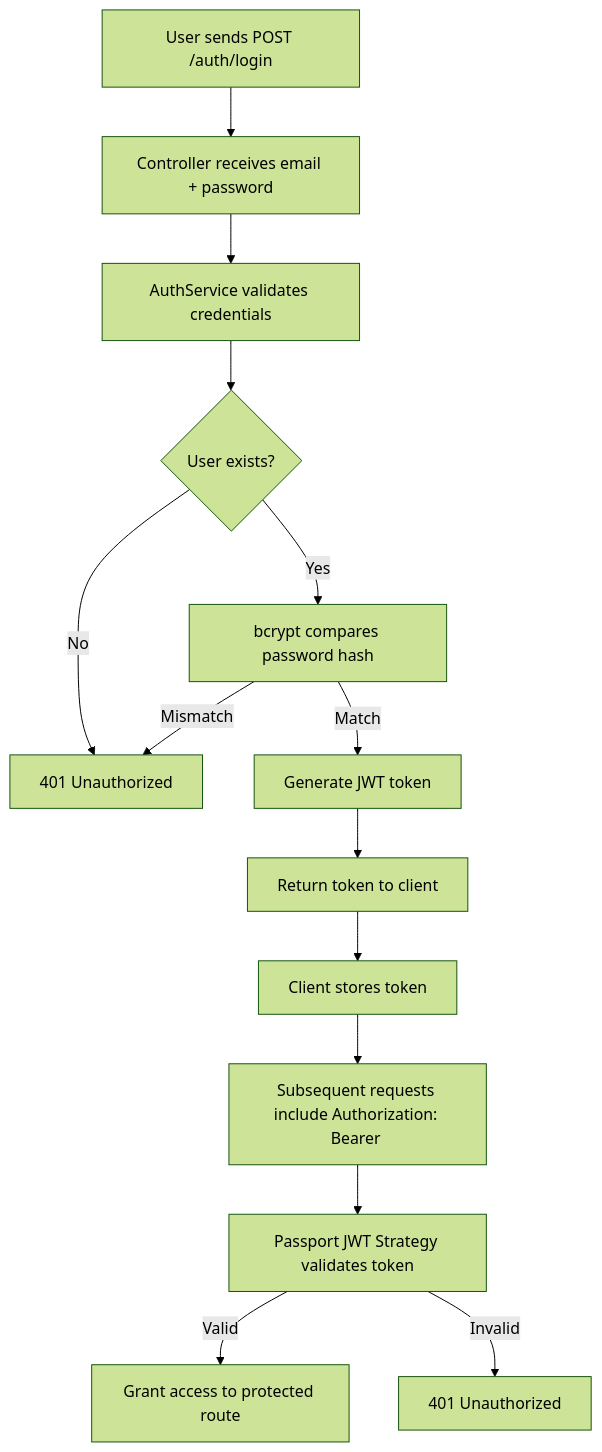
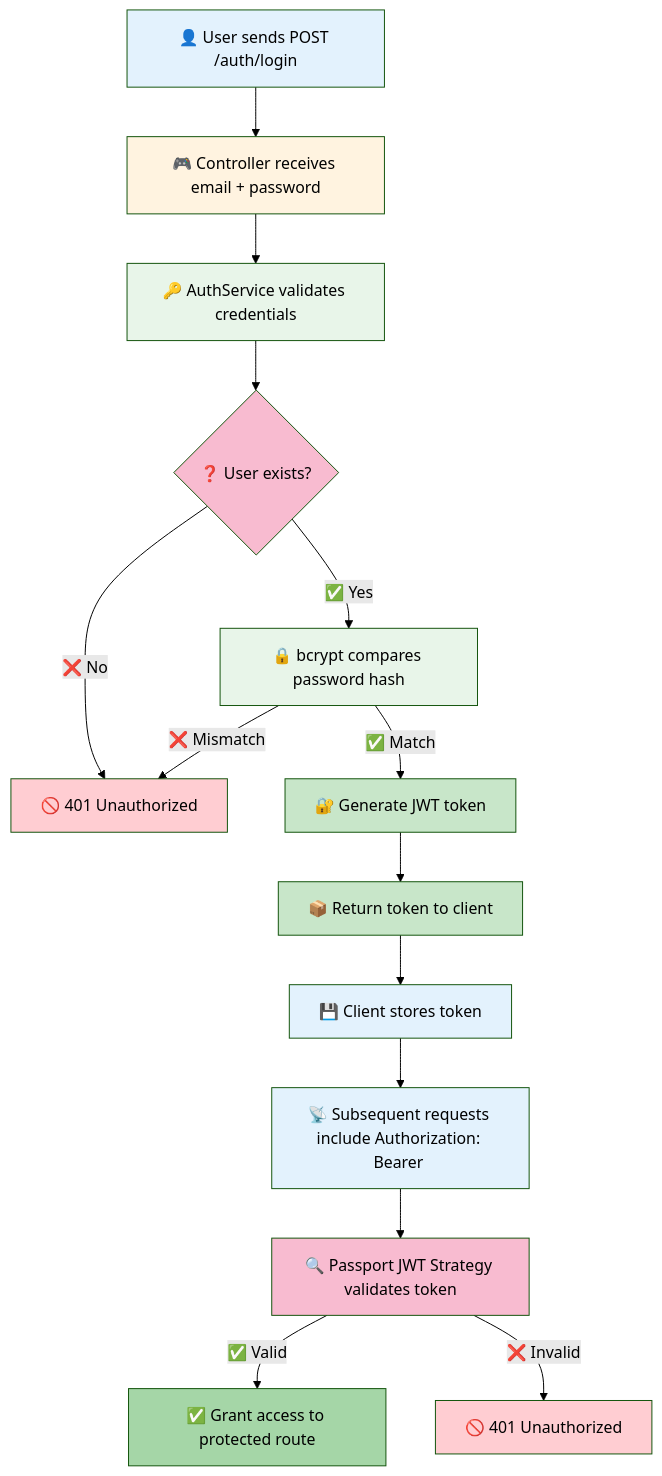
Before and after one commit to Tpekins/portfolio: the fourth of 5 diagrams in apps/backend/README.md, drawn with Mermaid (forest theme). The commit also changed other lines of this file and 3 other files, not shown here.

Commit message:
Added architecture, component hierarchy, filter flows, API flows, and auth flows to root, frontend, backend, and categories.

````diff
--- a/apps/backend/README.md
+++ b/apps/backend/README.md
@@ -344,16 +443,30 @@
 ```mermaid
 flowchart TD
-    A[User sends POST /auth/login] --> B[Controller receives email + password]
-    B --> C[AuthService validates credentials]
-    C --> D{User exists?}
-    D -->|No| E[401 Unauthorized]
-    D -->|Yes| F[bcrypt compares password hash]
-    F -->|Mismatch| E
-    F -->|Match| G[Generate JWT token]
-    G --> H[Return token to client]
-    H --> I[Client stores token]
-    I --> J[Subsequent requests include Authorization: Bearer <token>]
-    J --> K[Passport JWT Strategy validates token]
-    K -->|Valid| L[Grant access to protected route]
-    K -->|Invalid| M[401 Unauthorized]
+    A["👤 User sends POST /auth/login"] --> B["🎮 Controller receives email + password"]
+    B --> C["🔑 AuthService validates credentials"]
+    C --> D{"❓ User exists?"}
+    D -->|"❌ No"| E["🚫 401 Unauthorized"]
+    D -->|"✅ Yes"| F["🔒 bcrypt compares password hash"]
+    F -->|"❌ Mismatch"| E
+    F -->|"✅ Match"| G["🔐 Generate JWT token"]
+    G --> H["📦 Return token to client"]
+    H --> I["💾 Client stores token"]
+    I --> J["📡 Subsequent requests include Authorization: Bearer <token>"]
+    J --> K["🔍 Passport JWT Strategy validates token"]
+    K -->|"✅ Valid"| L["✅ Grant access to protected route"]
+    K -->|"❌ Invalid"| M["🚫 401 Unauthorized"]
+
+    style A fill:#e3f2fd
+    style B fill:#fff3e0
+    style C fill:#e8f5e9
+    style D fill:#f8bbd0
+    style E fill:#ffcdd2
+    style F fill:#e8f5e9
+    style G fill:#c8e6c9
+    style H fill:#c8e6c9
+    style I fill:#e3f2fd
+    style J fill:#e3f2fd
+    style K fill:#f8bbd0
+    style L fill:#a5d6a7
+    style M fill:#ffcdd2
 ```
````
